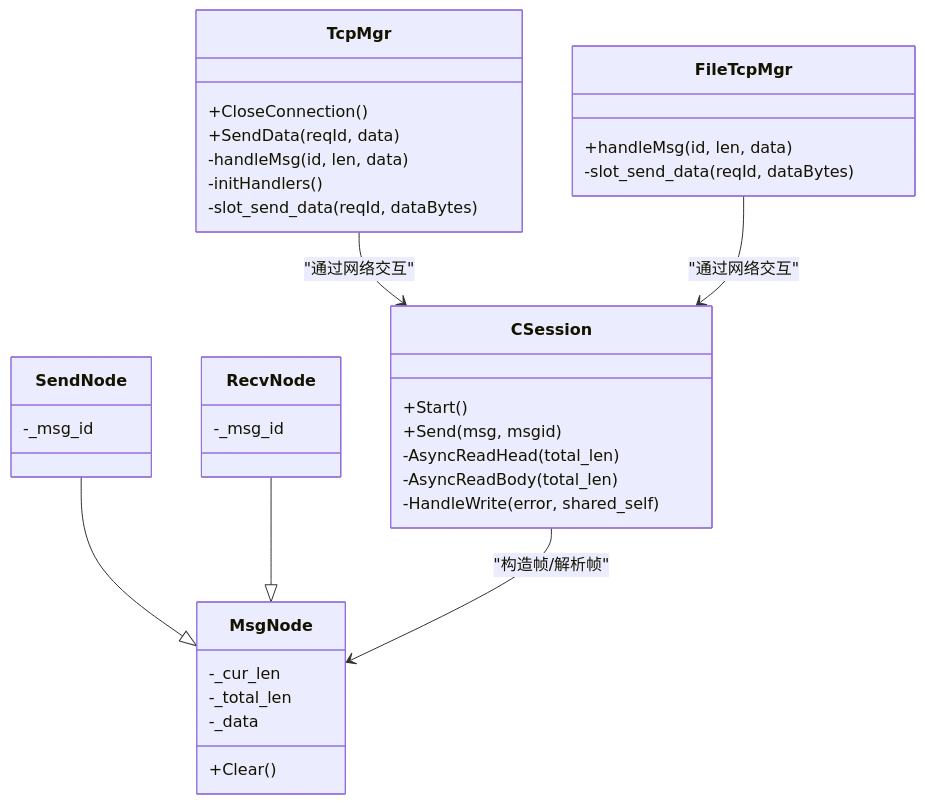
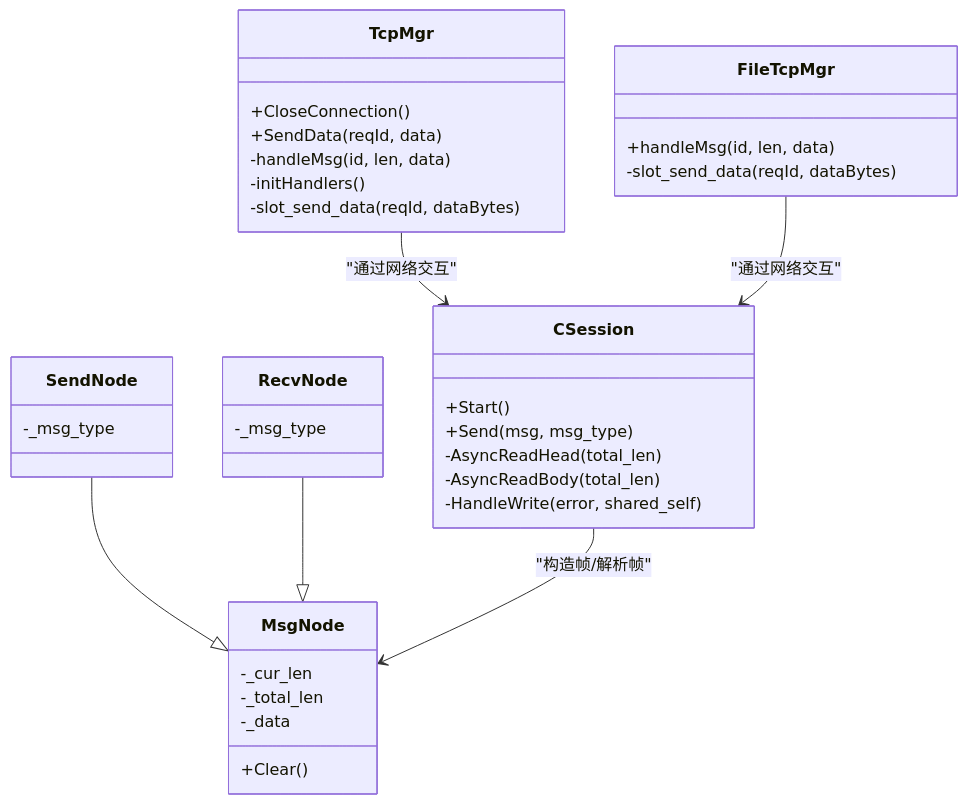
Before and after one commit to echo9923/mychatter: the fourth of 5 diagrams in .qoder/repowiki/zh/content/网络通信/TCP通信协议/TCP消息协议/TCP消息协议.md, drawn with Mermaid. The commit also changed other lines of this file and 128 other files, not shown here.

First line of the commit message:
refactor(protocol): TCP 帧头消息类型 msg_id 全局改名为 msg_type

````diff
--- a/.qoder/repowiki/zh/content/网络通信/TCP通信协议/TCP消息协议/TCP消息协议.md
+++ b/.qoder/repowiki/zh/content/网络通信/TCP通信协议/TCP消息协议/TCP消息协议.md
@@ -219,38 +219,38 @@
 ```mermaid
 classDiagram
 class TcpMgr {
 +CloseConnection()
 +SendData(reqId, data)
 -handleMsg(id, len, data)
 -initHandlers()
 -slot_send_data(reqId, dataBytes)
 }
 class FileTcpMgr {
 +handleMsg(id, len, data)
 -slot_send_data(reqId, dataBytes)
 }
 class CSession {
 +Start()
-+Send(msg, msgid)
++Send(msg, msg_type)
 -AsyncReadHead(total_len)
 -AsyncReadBody(total_len)
 -HandleWrite(error, shared_self)
 }
 class MsgNode {
 +Clear()
 -_cur_len
 -_total_len
 -_data
 }
 class SendNode {
--_msg_id
+-_msg_type
 }
 class RecvNode {
--_msg_id
+-_msg_type
 }
 SendNode --|> MsgNode
 RecvNode --|> MsgNode
 CSession --> MsgNode : "构造帧/解析帧"
 TcpMgr --> CSession : "通过网络交互"
 FileTcpMgr --> CSession : "通过网络交互"
 ```
````
